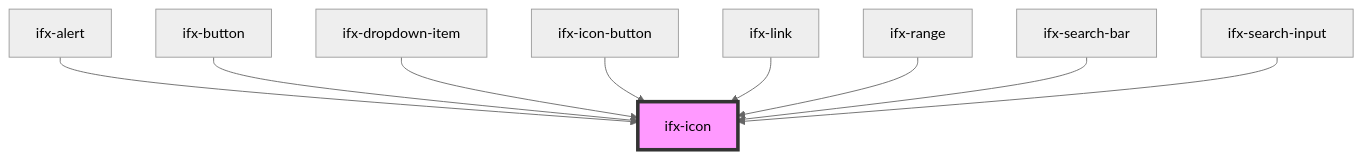
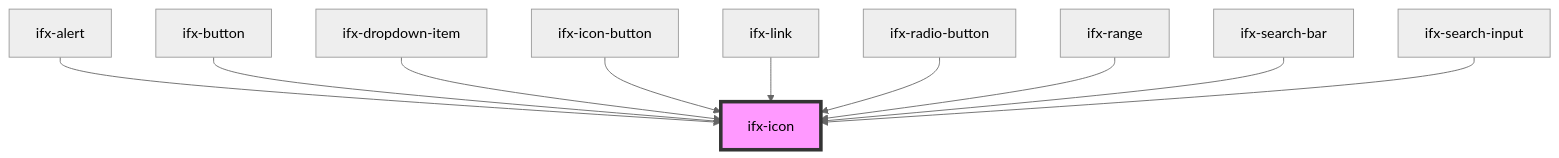
The diagram in src/components/icon/readme.md (Infineon/infineon-design-system-stencil), drawn with Mermaid (neutral theme) before and after one commit. The commit also changed other lines of this file and 8 other files, not shown here.

Commit message:
radio-button

````diff
--- a/src/components/icon/readme.md
+++ b/src/components/icon/readme.md
@@ -30,12 +31,13 @@
 ```mermaid
 graph TD;
   ifx-alert --> ifx-icon
   ifx-button --> ifx-icon
   ifx-dropdown-item --> ifx-icon
   ifx-icon-button --> ifx-icon
   ifx-link --> ifx-icon
+  ifx-radio-button --> ifx-icon
   ifx-range --> ifx-icon
   ifx-search-bar --> ifx-icon
   ifx-search-input --> ifx-icon
   style ifx-icon fill:#f9f,stroke:#333,stroke-width:4px
 ```
````
